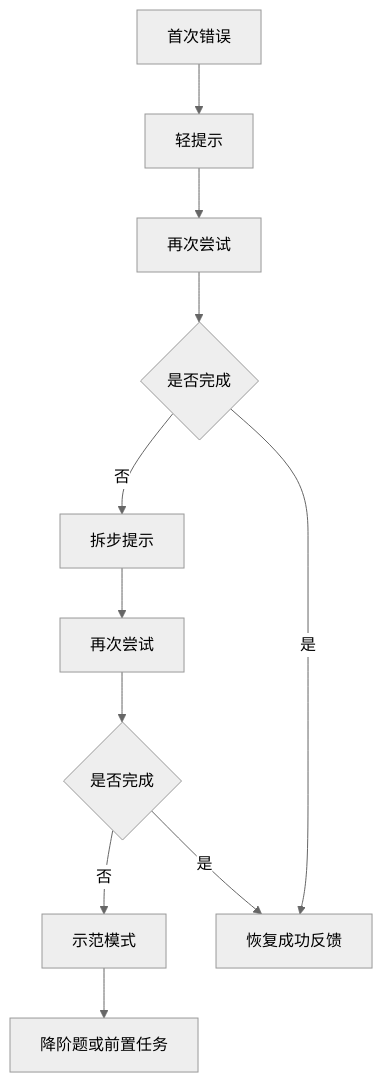
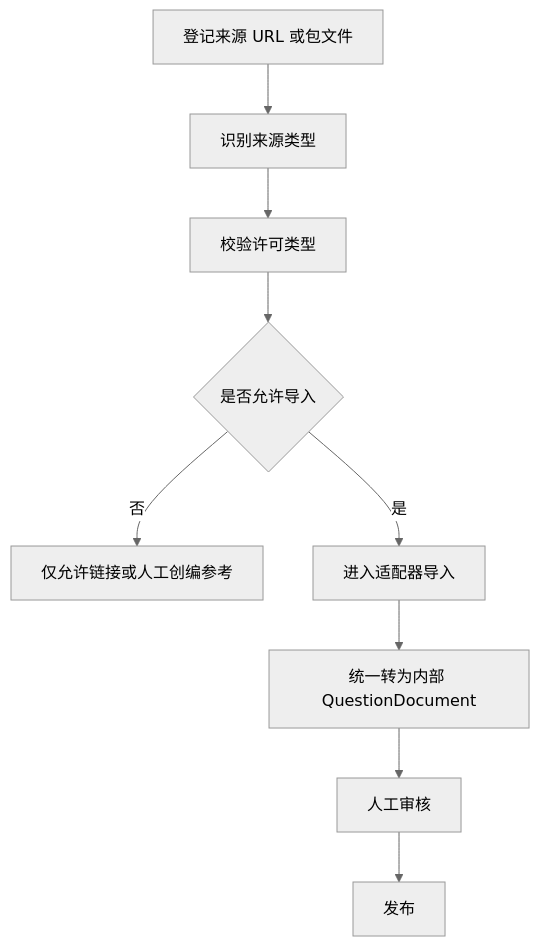
The third of 3 diagrams in doc/2026-小学学习闭环系统-Web详细设计.md (angelash/StudyAgent), drawn with Mermaid (neutral theme) before and after one commit. The commit also changed other lines of this file and 8 other files, not shown here.

````diff
--- a/doc/2026-小学学习闭环系统-Web详细设计.md
+++ b/doc/2026-小学学习闭环系统-Web详细设计.md
@@ -544,13 +248,11 @@
 ```mermaid
 flowchart TD
-    A[首次错误] --> B[轻提示]
-    B --> C[再次尝试]
-    C --> D{是否完成}
-    D -->|否| E[拆步提示]
-    E --> F[再次尝试]
-    F --> G{是否完成}
-    G -->|否| H[示范模式]
-    H --> I[降阶题或前置任务]
-    G -->|是| J[恢复成功反馈]
-    D -->|是| J
+    A[登记来源 URL 或包文件] --> B[识别来源类型]
+    B --> C[校验许可类型]
+    C --> D{是否允许导入}
+    D -->|否| E[仅允许链接或人工创编参考]
+    D -->|是| F[进入适配器导入]
+    F --> G[统一转为内部 QuestionDocument]
+    G --> H[人工审核]
+    H --> I[发布]
 ```
````
